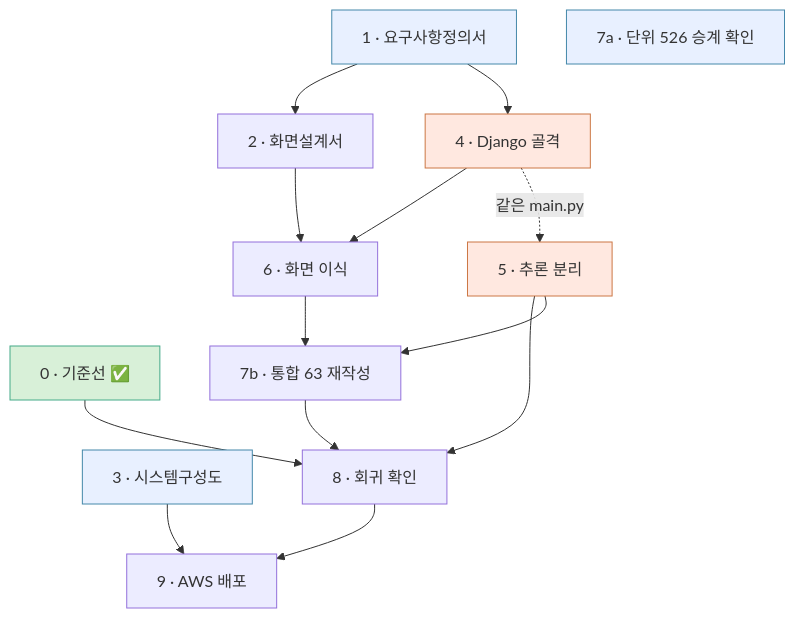
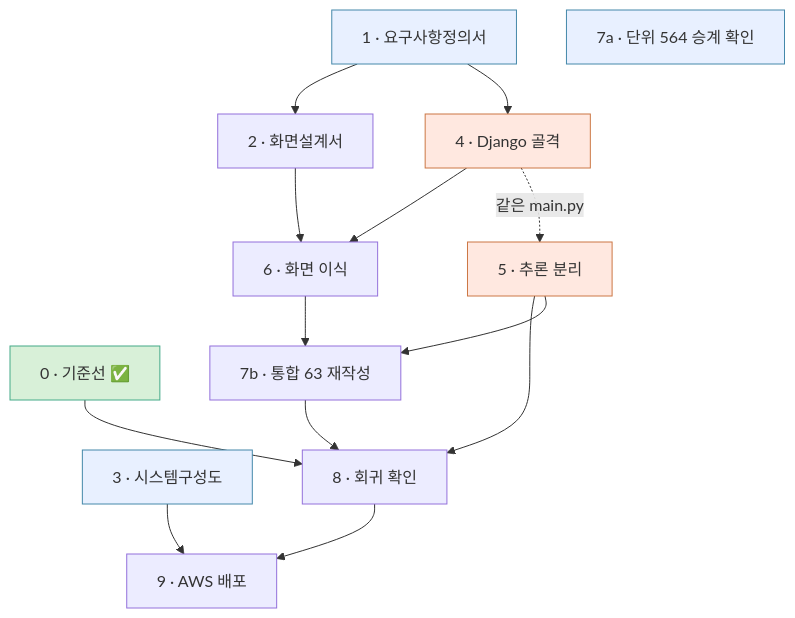
The diagram in docs/14_전환설계.md (SKNETWORKS-FAMILY-AICAMP/SKN32-4th-5Team), drawn with Mermaid before and after one commit. The commit also changed other lines of this file and 4 other files, not shown here.

````diff
--- a/docs/14_전환설계.md
+++ b/docs/14_전환설계.md
@@ -397,31 +397,31 @@
 ```mermaid
 flowchart TD
   S0["0 · 기준선 ✅"]:::done
   S1["1 · 요구사항정의서"]:::ready
   S3["3 · 시스템구성도"]:::ready
   S2["2 · 화면설계서"]
   S4["4 · Django 골격"]:::blocked
   S5["5 · 추론 분리"]:::blocked
   S6["6 · 화면 이식"]
-  S7u["7a · 단위 526 승계 확인"]:::ready
+  S7u["7a · 단위 564 승계 확인"]:::ready
   S7i["7b · 통합 63 재작성"]
   S8["8 · 회귀 확인"]
   S9["9 · AWS 배포"]
 
   S1 --> S2
   S1 --> S4
   S2 --> S6
   S4 --> S6
   S4 -.->|같은 main.py| S5
   S5 --> S8
   S6 --> S7i
   S5 --> S7i
   S0 --> S8
   S7i --> S8
   S8 --> S9
   S3 --> S9
 
   classDef done fill:#d8f0d8,stroke:#4a8
   classDef ready fill:#e8f0ff,stroke:#48a
   classDef blocked fill:#ffe8e0,stroke:#c74
 ```
````
